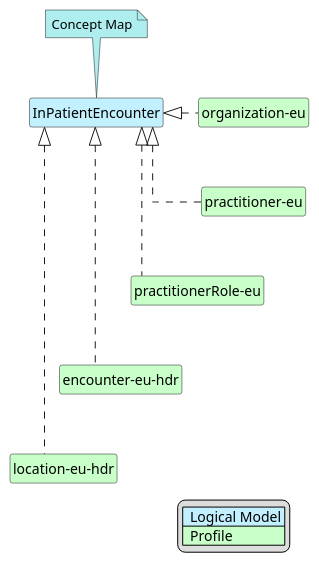
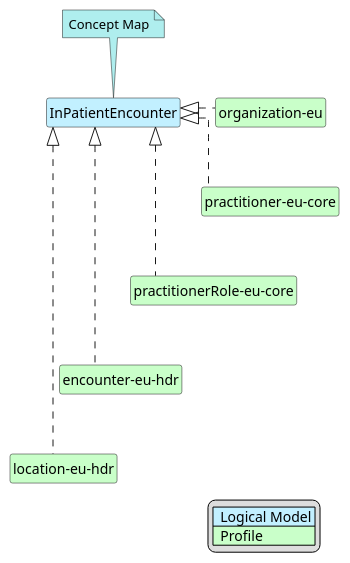
Before and after one commit to hl7-eu/hdr: the diagram in input/images-source/InPatientEncounter-map.plantuml, drawn with PlantUML. The commit also changed 11 other files, not shown here.

```diff
--- a/input/images-source/InPatientEncounter-map.plantuml
+++ b/input/images-source/InPatientEncounter-map.plantuml
@@ -1,33 +1,33 @@
 @startuml
 hide circle
 hide stereotype
 hide members
 hide methods
 skinparam linetype ortho
 skinparam class {
 BackgroundColor<<LogicalModel>> #APPLICATION
 BackgroundColor<<Profile>> #TECHNOLOGY
 }
 legend right
 | <#APPLICATION>  Logical Model |
 | <#TECHNOLOGY>  Profile |
 endlegend
 class "InPatientEncounter" <<LogicalModel>> [[StructureDefinition-InPatientEncounter.html]]
 note top #PaleTurquoise [[ConceptMap-encounter2FHIR-eu-hdr.html]]
 Concept Map
 endnote
 class "organization-eu" <<Profile>> [[StructureDefinition-organization-eu.html]]
 "InPatientEncounter" <|. "organization-eu"
-class "practitioner-eu" <<Profile>> [[StructureDefinition-practitioner-eu.html]]
-"InPatientEncounter" <|. "practitioner-eu"
-"organization-eu" -d[hidden]-> "practitioner-eu"
-class "practitionerRole-eu" <<Profile>> [[StructureDefinition-practitionerRole-eu.html]]
-"InPatientEncounter" <|. "practitionerRole-eu"
-"practitioner-eu" -d[hidden]-> "practitionerRole-eu"
+class "practitioner-eu-core" <<Profile>> [[StructureDefinition-practitioner-eu-core.html]]
+"InPatientEncounter" <|. "practitioner-eu-core"
+"organization-eu" -d[hidden]-> "practitioner-eu-core"
+class "practitionerRole-eu-core" <<Profile>> [[StructureDefinition-practitionerRole-eu-core.html]]
+"InPatientEncounter" <|. "practitionerRole-eu-core"
+"practitioner-eu-core" -d[hidden]-> "practitionerRole-eu-core"
 class "encounter-eu-hdr" <<Profile>> [[StructureDefinition-encounter-eu-hdr.html]]
 "InPatientEncounter" <|. "encounter-eu-hdr"
-"practitionerRole-eu" -d[hidden]-> "encounter-eu-hdr"
+"practitionerRole-eu-core" -d[hidden]-> "encounter-eu-hdr"
 class "location-eu-hdr" <<Profile>> [[StructureDefinition-location-eu-hdr.html]]
 "InPatientEncounter" <|. "location-eu-hdr"
 "encounter-eu-hdr" -d[hidden]-> "location-eu-hdr"
 @enduml
```
